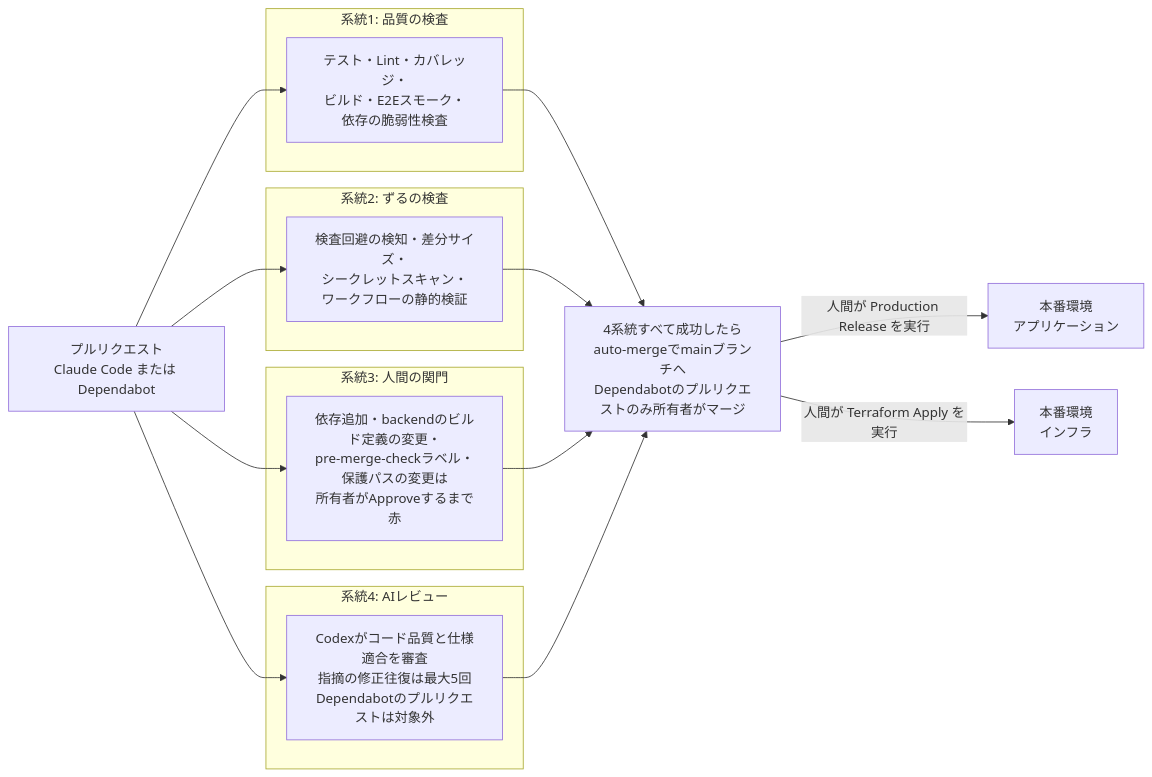
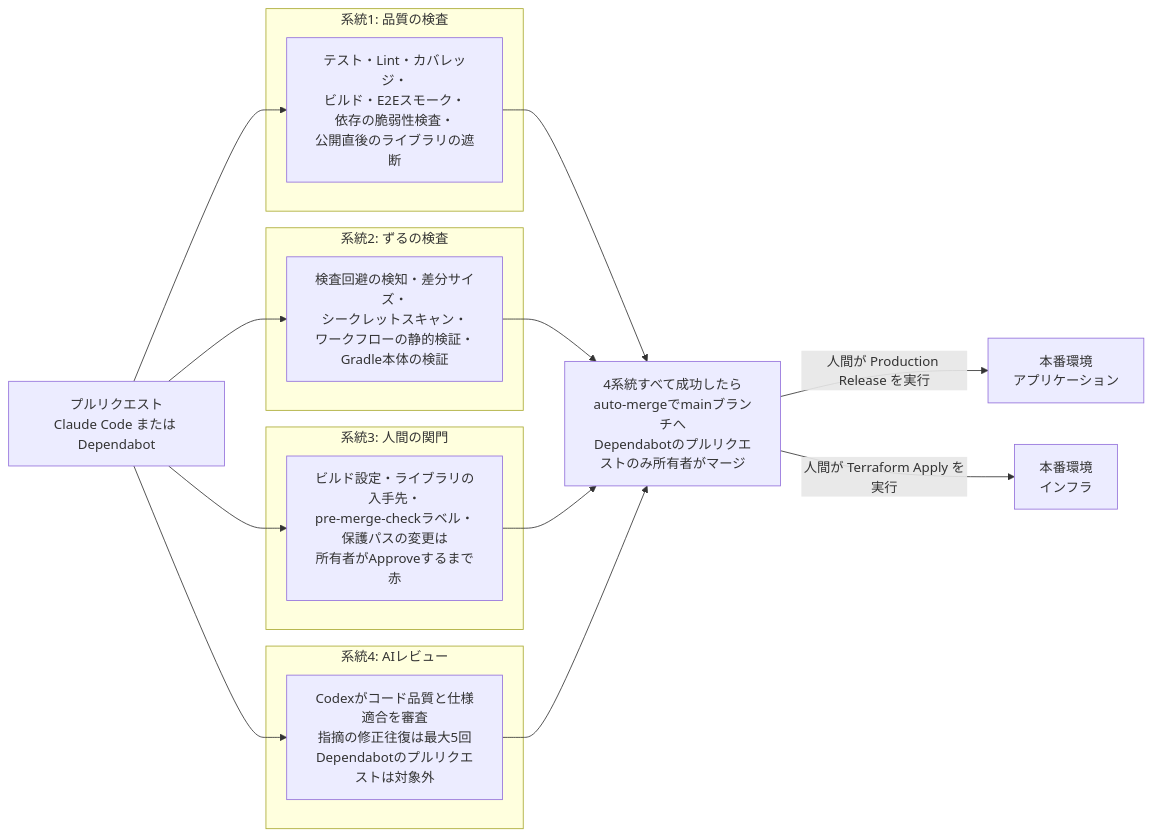
Before and after one commit to DogisRiki/KeirekiPro: the first of 2 diagrams in README.md, drawn with Mermaid. The commit also changed other lines of this file and 17 other files, not shown here.

````diff
--- a/README.md
+++ b/README.md
@@ -53,27 +53,27 @@
 ```mermaid
 flowchart LR
     PR[プルリクエスト<br>Claude Code または Dependabot]
 
     subgraph s1[系統1: 品質の検査]
-        Q[テスト・Lint・カバレッジ・<br>ビルド・E2Eスモーク・<br>依存の脆弱性検査]
+        Q[テスト・Lint・カバレッジ・<br>ビルド・E2Eスモーク・<br>依存の脆弱性検査・<br>公開直後のライブラリの遮断]
     end
     subgraph s2[系統2: ずるの検査]
-        Z[検査回避の検知・差分サイズ・<br>シークレットスキャン・<br>ワークフローの静的検証]
+        Z[検査回避の検知・差分サイズ・<br>シークレットスキャン・<br>ワークフローの静的検証・<br>Gradle本体の検証]
     end
     subgraph s3[系統3: 人間の関門]
-        H[依存追加・backendのビルド定義の変更・<br>pre-merge-checkラベル・保護パスの変更は<br>所有者がApproveするまで赤]
+        H[ビルド設定・ライブラリの入手先・<br>pre-merge-checkラベル・保護パスの変更は<br>所有者がApproveするまで赤]
     end
     subgraph s4[系統4: AIレビュー]
         A[Codexがコード品質と仕様適合を審査<br>指摘の修正往復は最大5回<br>Dependabotのプルリクエストは対象外]
     end
 
     PR --> Q
     PR --> Z
     PR --> H
     PR --> A
 
     Q & Z & H & A --> M[4系統すべて成功したら<br>auto-mergeでmainブランチへ<br>Dependabotのプルリクエストのみ所有者がマージ]
 
     M -->|人間が Production Release を実行| App[本番環境<br>アプリケーション]
     M -->|人間が Terraform Apply を実行| Infra[本番環境<br>インフラ]
 ```
````
